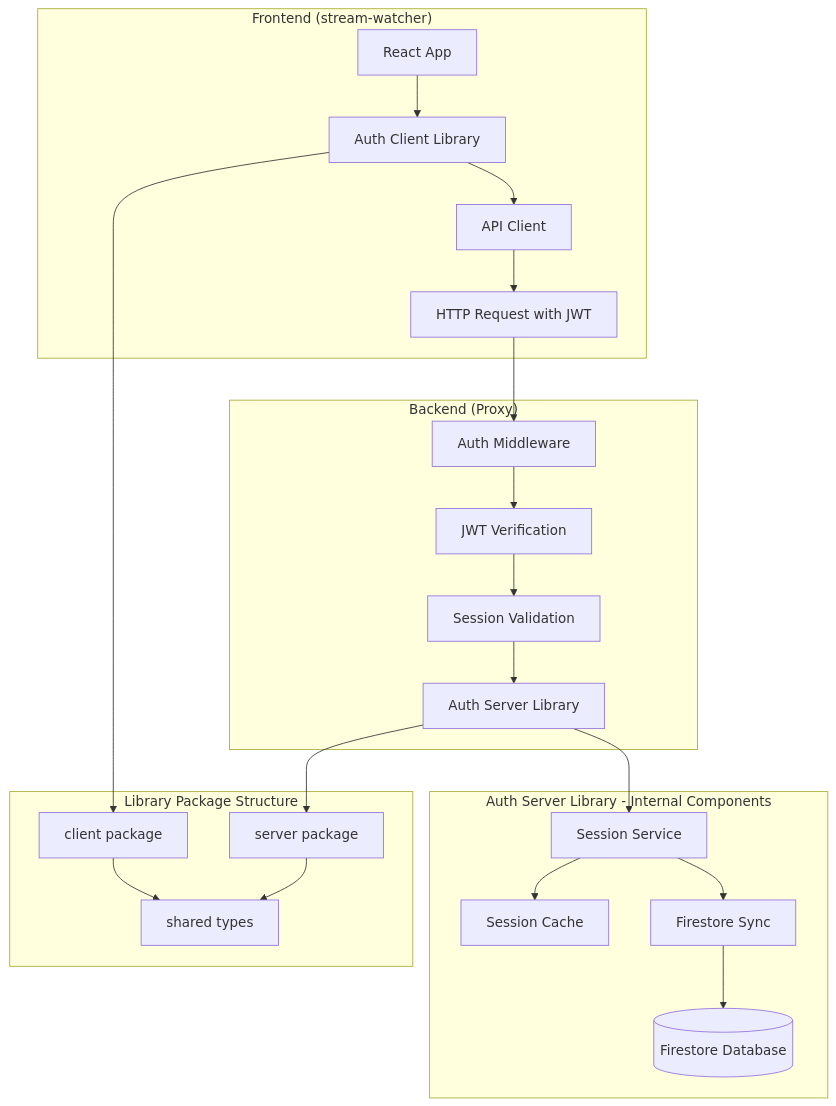
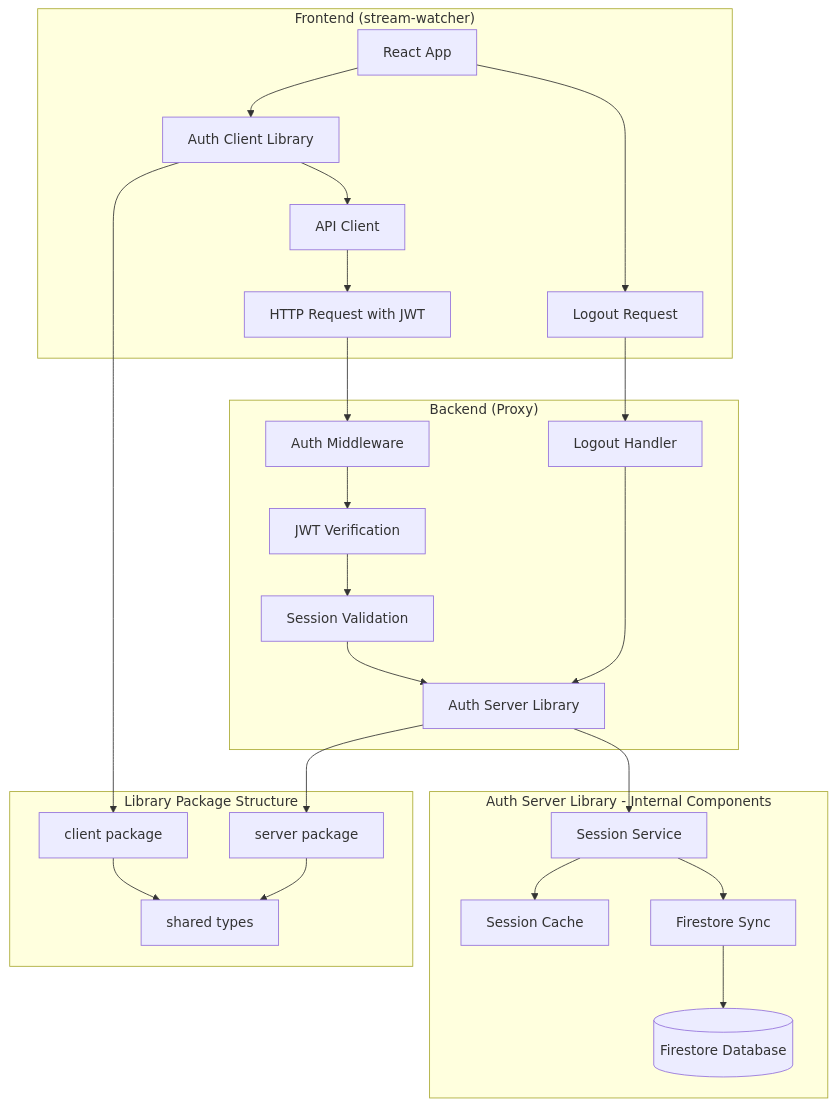
The first of 4 diagrams in solution-design-session-management.md (HOBT0R/rapidraptor.auth), drawn with Mermaid before and after one commit. The commit also changed other lines of this file and 32 other files, not shown here.

````diff
--- a/solution-design-session-management.md
+++ b/solution-design-session-management.md
@@ -191,29 +203,32 @@
 ```mermaid
 graph TB
     subgraph "Frontend (stream-watcher)"
         A[React App] --> B[Auth Client Library]
         B --> C[API Client]
         C --> D[HTTP Request with JWT]
+        A --> P[Logout Request]
     end
     
     subgraph "Backend (Proxy)"
         D --> E[Auth Middleware]
         E --> F[JWT Verification]
         F --> G[Session Validation]
         G --> H[Auth Server Library]
+        P[Logout Request] --> Q[Logout Handler]
+        Q --> H
     end
     
     subgraph "Auth Server Library - Internal Components"
         H --> I[Session Service]
         I --> J[Session Cache]
         I --> K[Firestore Sync]
         K --> L[(Firestore Database)]
     end
     
     subgraph "Library Package Structure"
         B --> M[client package]
         H --> N[server package]
         M --> O[shared types]
         N --> O
     end
 ```
````
